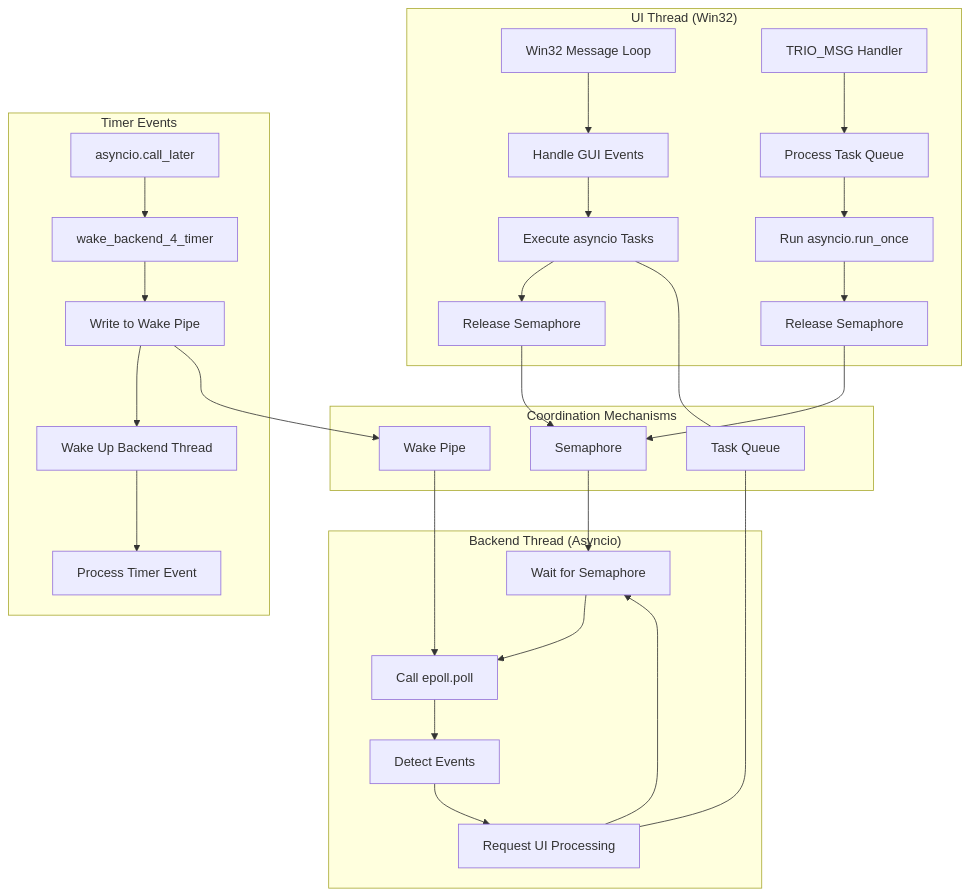
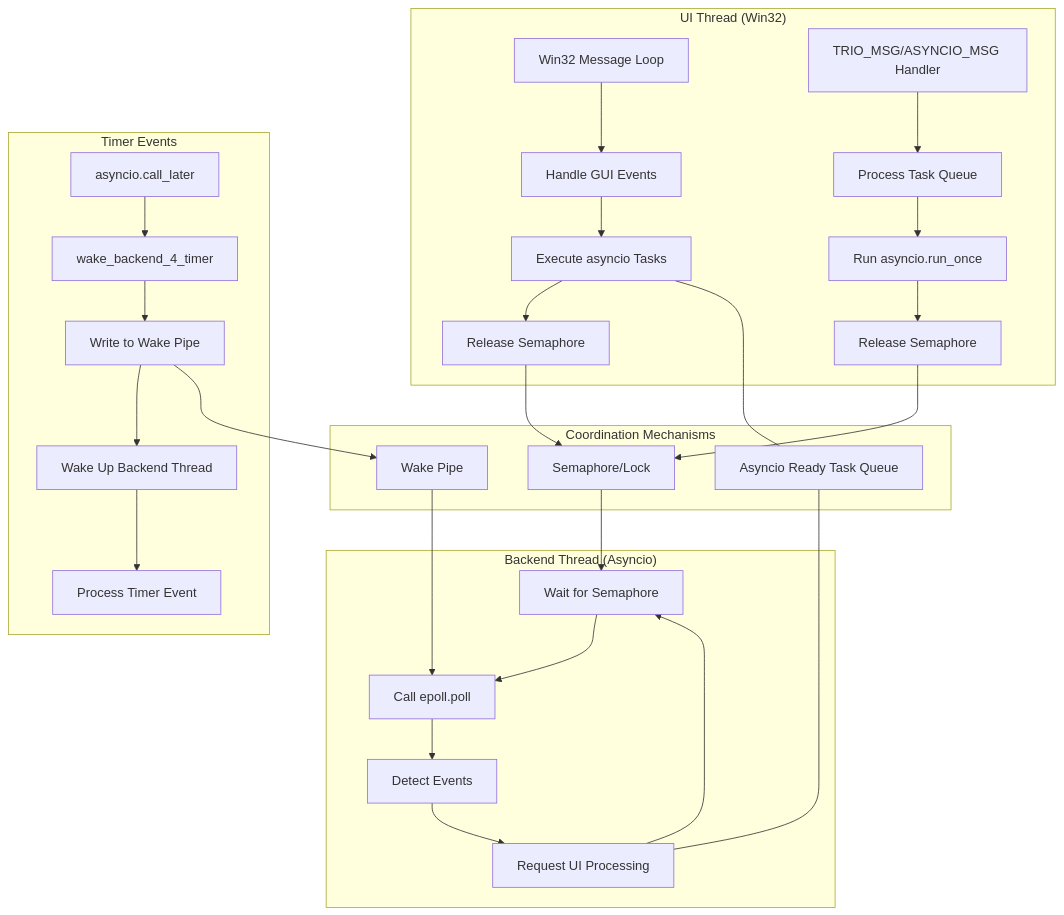
The first of 8 diagrams in v2/design_en.md (congzhangzh/asyncio_guest_run), drawn with Mermaid before and after one commit. The commit also changed other lines of this file and 1 other file, not shown here.

Commit message:
improve document 4 discuss

````diff
--- a/v2/design_en.md
+++ b/v2/design_en.md
@@ -5,39 +5,39 @@
 ```mermaid
 graph TB
     subgraph "UI Thread (Win32)"
         A[Win32 Message Loop] --> B[Handle GUI Events]
         B --> C[Execute asyncio Tasks]
         C --> D[Release Semaphore]
         
-        M[TRIO_MSG Handler] --> N[Process Task Queue]
+        M[TRIO_MSG/ASYNCIO_MSG Handler] --> N[Process Task Queue]
         N --> O[Run asyncio.run_once]
         O --> P[Release Semaphore]
     end
     
     subgraph "Backend Thread (Asyncio)"
         E[Wait for Semaphore] --> F[Call epoll.poll]
         F --> G[Detect Events]
         G --> H[Request UI Processing]
         H --> E
     end
     
     subgraph "Coordination Mechanisms"
-        I[Semaphore]
-        J[Task Queue]
+        I[Semaphore/Lock]
+        J[Asyncio Ready Task Queue]
         K[Wake Pipe]
     end
     
     D --> I
     I --> E
     P --> I
     C --- J --- H
     
     subgraph "Timer Events"
         L[asyncio.call_later] --> Q[wake_backend_4_timer]
         Q --> R[Write to Wake Pipe]
         R --> S[Wake Up Backend Thread]
         S --> T[Process Timer Event]
     end
     
     R --> K --> F
 ```
````
